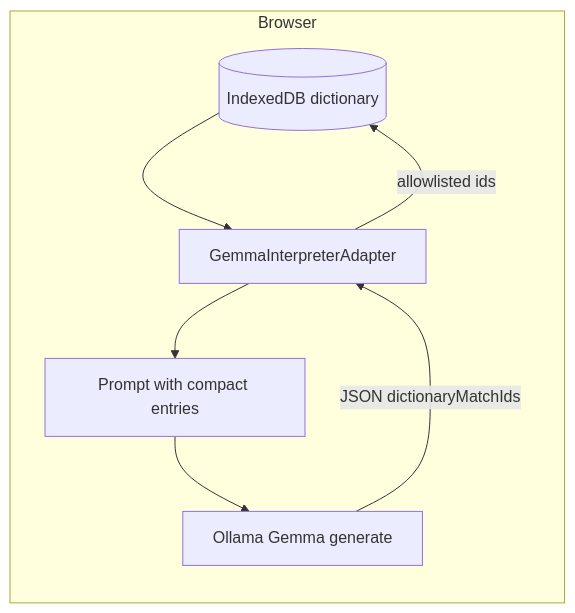
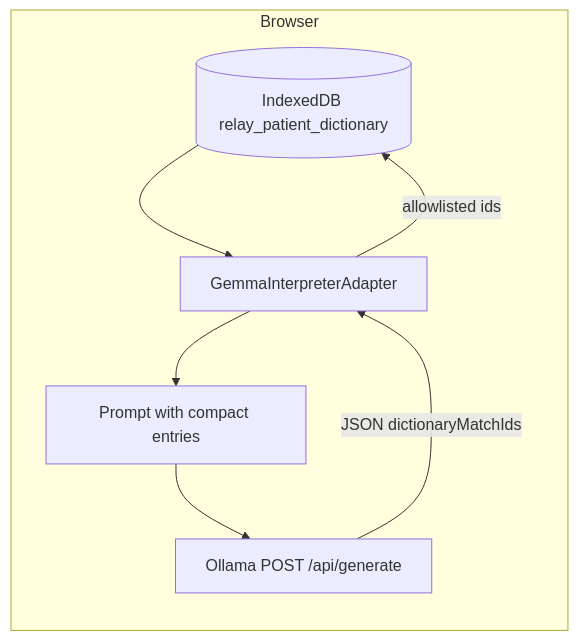
One commit to Manoj7ar/Relay changed the diagram in docs/GROUNDING.md. Above: the diagram before and after it, drawn with Mermaid. The commit also changed other lines of this file and 10 other files, not shown here.

````diff
--- a/docs/GROUNDING.md
+++ b/docs/GROUNDING.md
@@ -7,14 +7,14 @@
 ```mermaid
 flowchart LR
   subgraph local [Browser]
-    IDB[(IndexedDB dictionary)]
+    IDB[(IndexedDB relay_patient_dictionary)]
     Adapter[GemmaInterpreterAdapter]
     Prompt[Prompt with compact entries]
-    Model[Ollama Gemma generate]
+    Model[Ollama POST /api/generate]
   end
   IDB --> Adapter
   Adapter --> Prompt
   Prompt --> Model
   Model -->|JSON dictionaryMatchIds| Adapter
   Adapter -->|allowlisted ids| IDB
 ```
````
